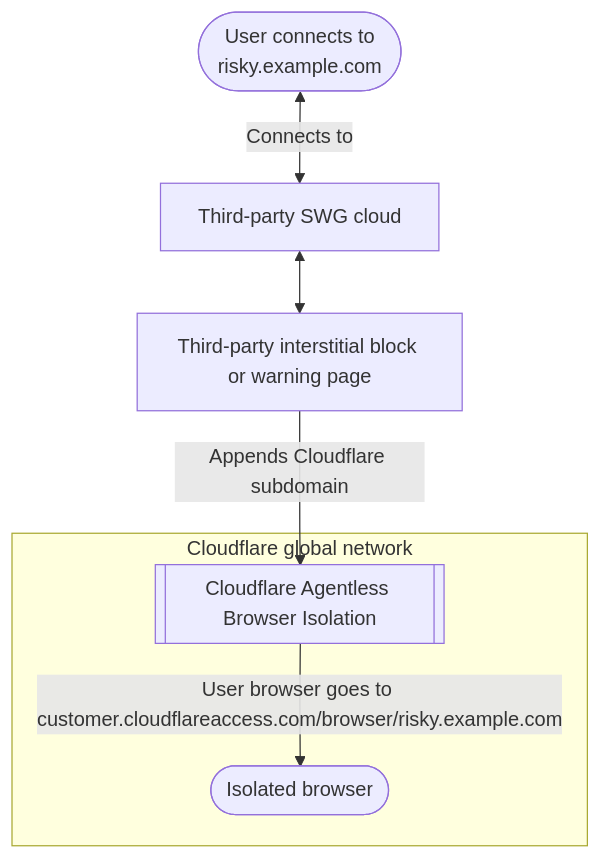
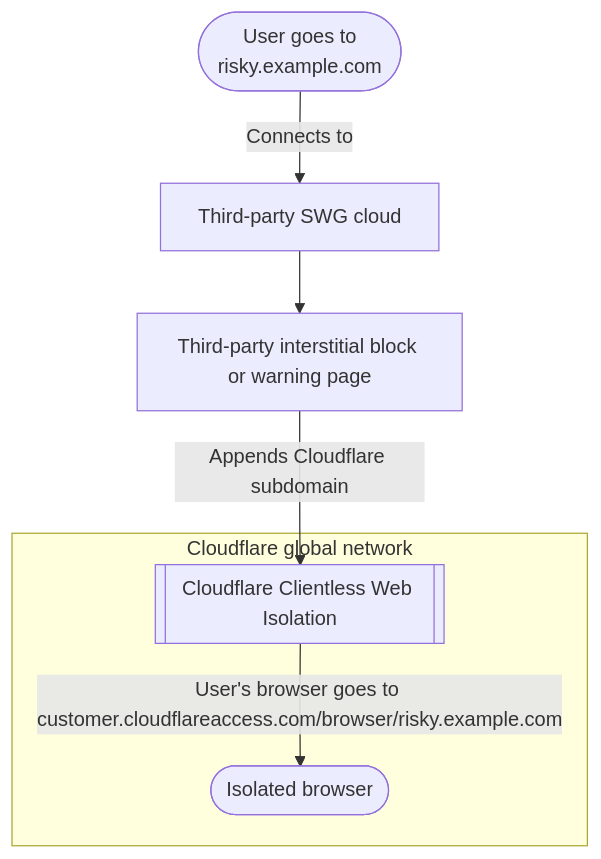
One commit to cloudflare/cloudflare-docs changed the diagram in content/learning-paths/secure-internet-traffic/build-http-policies/browser-isolation.md. Above: the diagram before and after it, drawn with Mermaid. The commit also changed other lines of this file and 1 other file, not shown here.

Commit message:
Refine BISO and recommended HTTP policies

````diff
--- a/content/learning-paths/secure-internet-traffic/build-http-policies/browser-isolation.md
+++ b/content/learning-paths/secure-internet-traffic/build-http-policies/browser-isolation.md
@@ -208,20 +208,20 @@
 ```mermaid
 flowchart TB
     %% Accessibility
     accTitle: Browser Isolation architecture
     accDescr: Flowchart describing the order of operations for user traffic for in-line Browser Isolation.
 
     %% User traffic
-    user(["User connects to </br>risky.example.com"])<--"Connects to"-->cloud[Third-party SWG cloud]
+    user(["User goes to </br>risky.example.com"])--"Connects to"-->cloud[Third-party SWG cloud]
 
     %% Third-party SWG
-    cloud<-->warning[Third-party interstitial block or warning page]
+    cloud-->warning[Third-party interstitial block or warning page]
     warning--"Appends Cloudflare subdomain"-->biso
     
     %% Browser Isolation
     subgraph cf [Cloudflare global network]
-    biso[[Cloudflare Agentless Browser Isolation]]
+    biso[[Cloudflare Clientless Web Isolation]]
     inline(["Isolated browser"])
-    biso--"User browser goes to </br>customer.cloudflareaccess.com/browser/risky.example.com"-->inline
+    biso--"User's browser goes to </br>customer.cloudflareaccess.com/browser/risky.example.com"-->inline
     end
 ```
````
